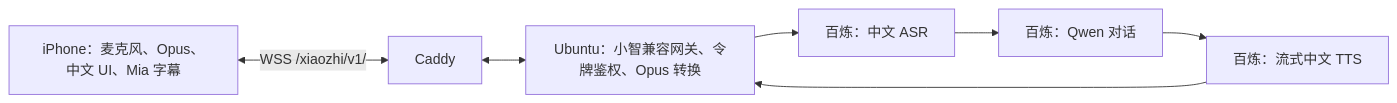
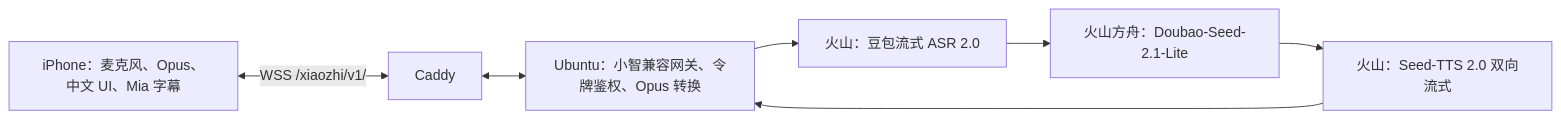
Before and after one commit to bboytang/Mia: the diagram in docs/mia-ios-roadmap.md, drawn with Mermaid. The commit also changed other lines of this file and 7 other files, not shown here.

````diff
--- a/docs/mia-ios-roadmap.md
+++ b/docs/mia-ios-roadmap.md
@@ -24,9 +24,9 @@
 ```mermaid
 flowchart LR
   iPhone["iPhone：麦克风、Opus、中文 UI、Mia 字幕"] <-->|"WSS /xiaozhi/v1/"| Caddy
   Caddy <--> Gateway["Ubuntu：小智兼容网关、令牌鉴权、Opus 转换"]
-  Gateway --> ASR["百炼：中文 ASR"]
-  ASR --> LLM["百炼：Qwen 对话"]
-  LLM --> TTS["百炼：流式中文 TTS"]
+  Gateway --> ASR["火山：豆包流式 ASR 2.0"]
+  ASR --> LLM["火山方舟：Doubao-Seed-2.1-Lite"]
+  LLM --> TTS["火山：Seed-TTS 2.0 双向流式"]
   TTS --> Gateway
 ```
````
